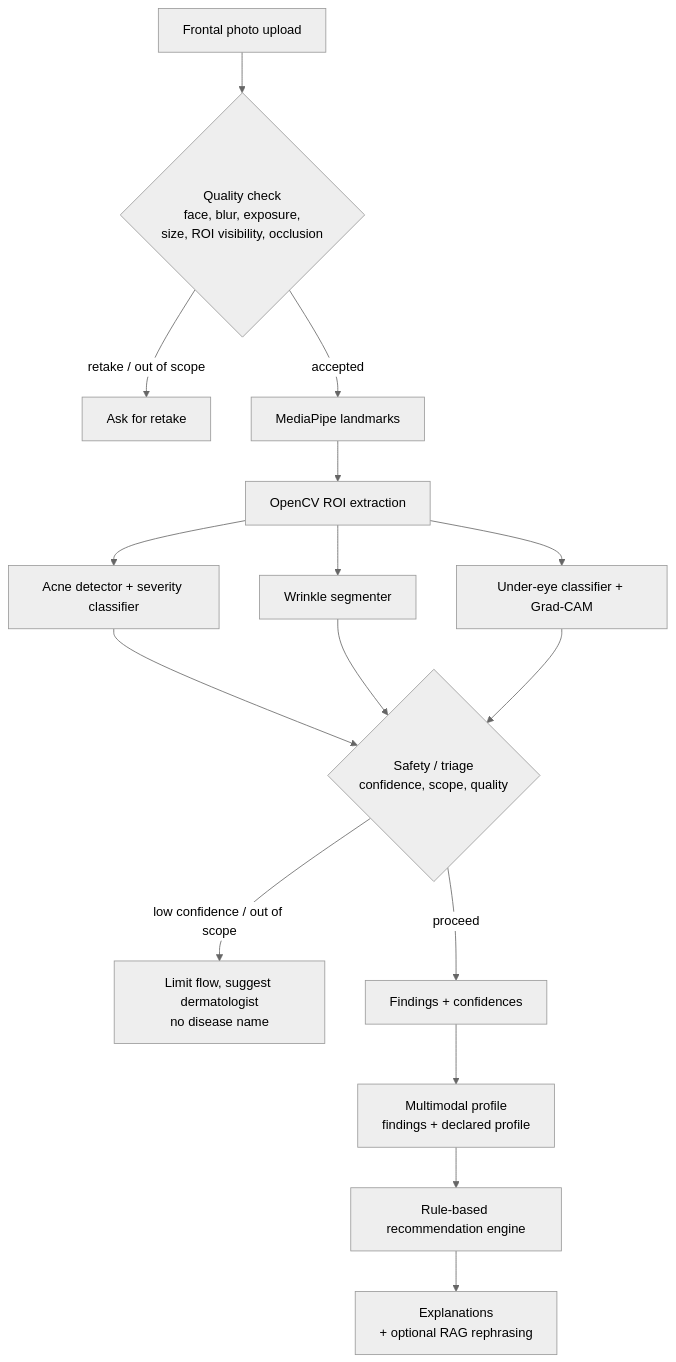
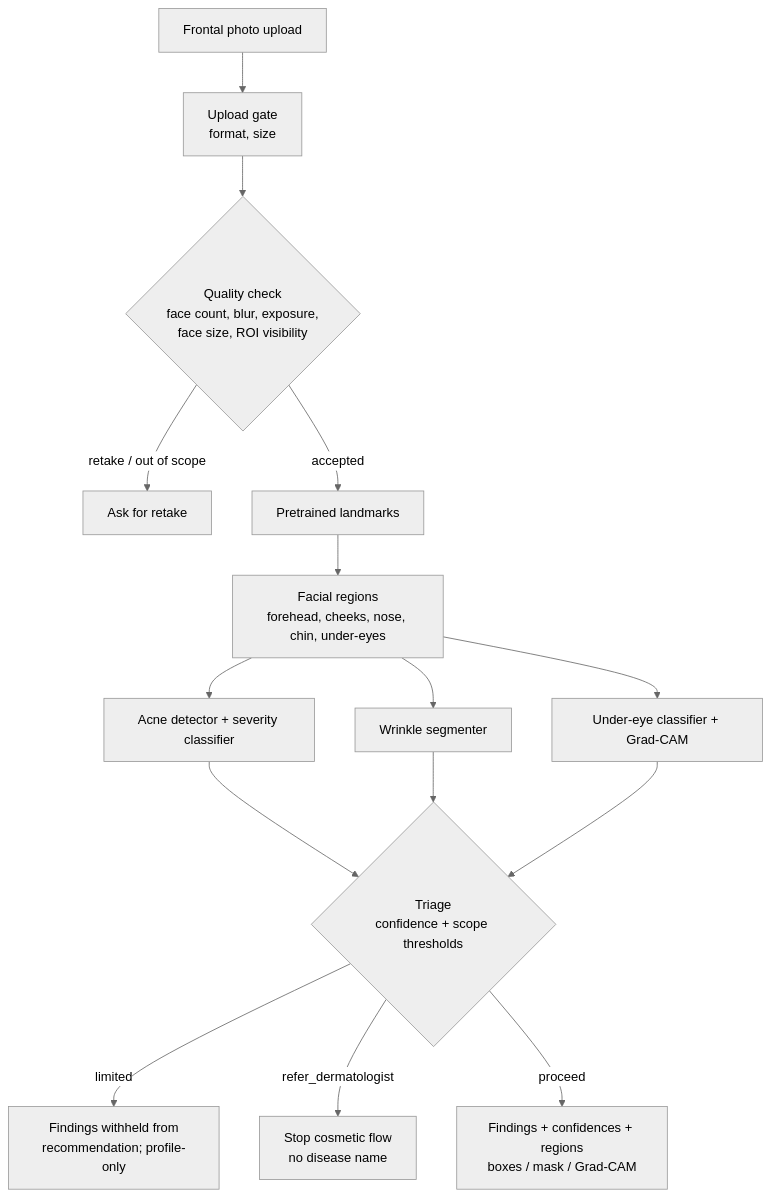
One commit to zhrespar/dermacare changed the second of 4 diagrams in docs/ARCHITECTURE.md. Above: the diagram before and after it, drawn with Mermaid (neutral theme). The commit also changed other lines of this file and 57 other files, not shown here.

First line of the commit message:
Apply AI architecture: CV triage, rule-based routines, RAG, LLM providers

````diff
--- a/docs/ARCHITECTURE.md
+++ b/docs/ARCHITECTURE.md
@@ -19,16 +37,15 @@
 ```mermaid
 flowchart TD
-  A[Frontal photo upload] --> Q{Quality check\nface, blur, exposure,\nsize, ROI visibility, occlusion}
+  A[Frontal photo upload] --> G[Upload gate\nformat, size]
+  G --> Q{Quality check\nface count, blur, exposure,\nface size, ROI visibility}
   Q -->|retake / out of scope| R[Ask for retake]
-  Q -->|accepted| L[MediaPipe landmarks]
-  L --> ROI[OpenCV ROI extraction]
+  Q -->|accepted| L[Pretrained landmarks]
+  L --> ROI[Facial regions\nforehead, cheeks, nose, chin, under-eyes]
   ROI --> AC[Acne detector + severity classifier]
   ROI --> WR[Wrinkle segmenter]
   ROI --> UE[Under-eye classifier + Grad-CAM]
-  AC & WR & UE --> T{Safety / triage\nconfidence, scope, quality}
-  T -->|low confidence / out of scope| D[Limit flow, suggest dermatologist\nno disease name]
-  T -->|proceed| F[Findings + confidences]
-  F --> P[Multimodal profile\nfindings + declared profile]
-  P --> RE[Rule-based recommendation engine]
-  RE --> X[Explanations\n+ optional RAG rephrasing]
+  AC & WR & UE --> T{Triage\nconfidence + scope thresholds}
+  T -->|limited| LIM[Findings withheld from\nrecommendation; profile-only]
+  T -->|refer_dermatologist| D[Stop cosmetic flow\nno disease name]
+  T -->|proceed| F[Findings + confidences + regions\nboxes / mask / Grad-CAM]
 ```
````
